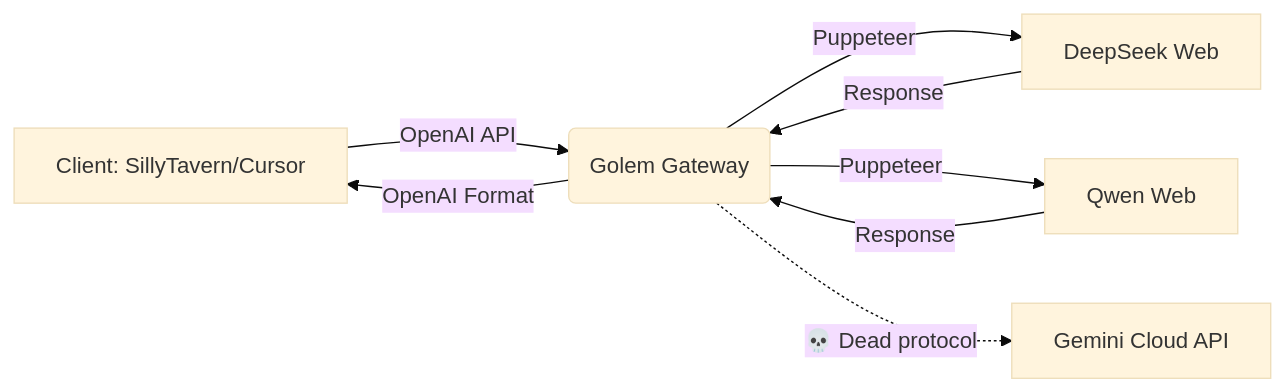
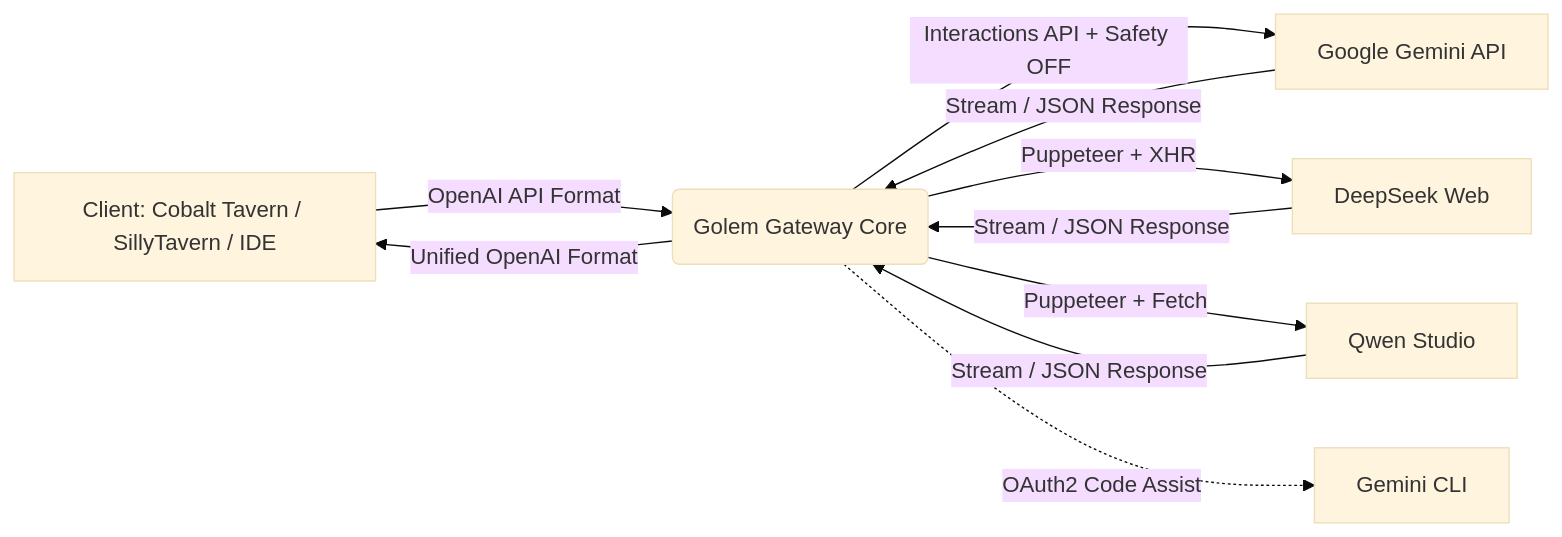
The diagram in README.en.md (GrishaDeLumiere/golem-gateway), drawn with Mermaid (base theme) before and after one commit. The commit also changed other lines of this file and 3 other files, not shown here.

Commit message:
feat: update version to 0.3.0 and enhance README with Cobalt Tavern recommendations

````diff
--- a/README.en.md
+++ b/README.en.md
@@ -47,8 +67,9 @@
 ```mermaid
 graph LR
- A[Client: SillyTavern/Cursor] -->|OpenAI API | B(Golem Gateway)
- B -->|Puppeteer| C[DeepSeek Web]
- B -->|Puppeteer| D[Qwen Web]
- B -.->|💀 Dead protocol| E[Gemini Cloud API]
- C & D -->|Response| B -->|OpenAI Format| A
+ A[Client: Cobalt Tavern / SillyTavern / IDE] -->|OpenAI API Format| B(Golem Gateway Core)
+ B -->|Interactions API + Safety OFF| C[Google Gemini API]
+ B -->|Puppeteer + XHR| D[DeepSeek Web]
+ B -->|Puppeteer + Fetch| E[Qwen Studio]
+ B -.->|OAuth2 Code Assist| F[Gemini CLI]
+ C & D & E -->|Stream / JSON Response| B -->|Unified OpenAI Format| A
 ```
````
